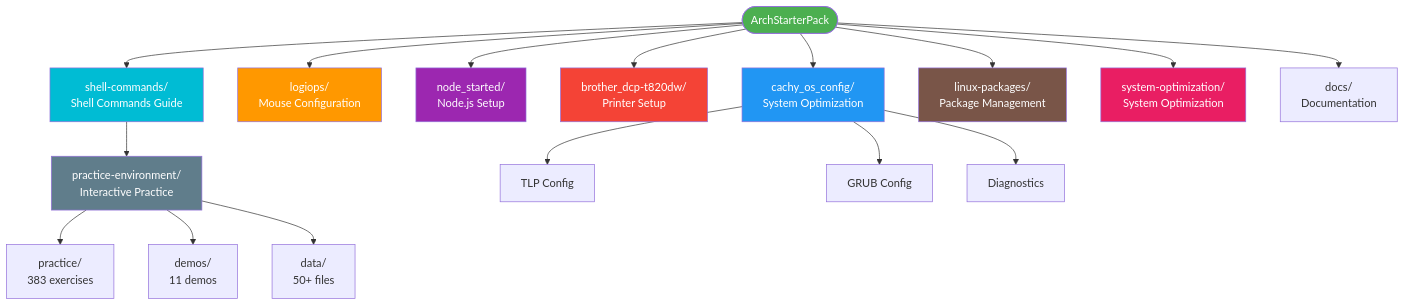
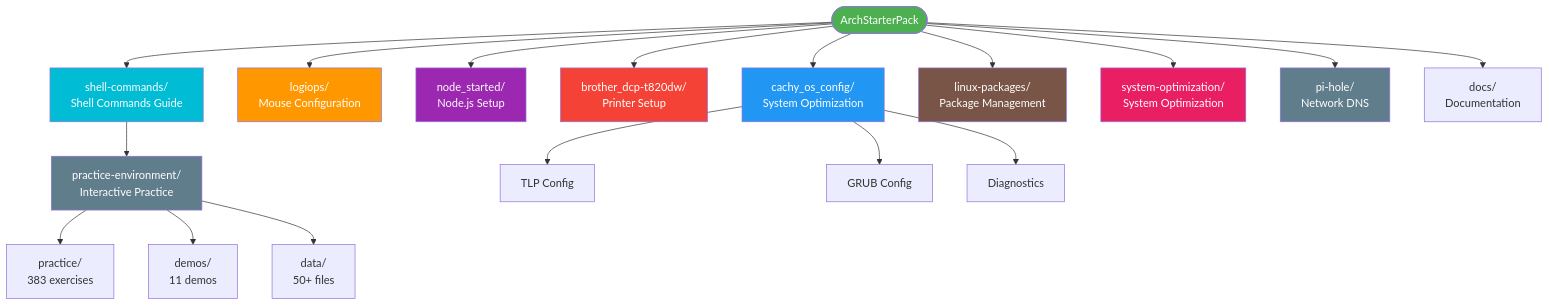
The first of 3 diagrams in README.md (cjmaaz/ArchStarterPack), drawn with Mermaid before and after one commit. The commit also changed other lines of this file and 8 other files, not shown here.

Commit message:
Add Pi-hole network DNS module with setup guide, router configuration, and advanced documentation for Unbound, IPv6, and hardcoded DNS blocking

````diff
--- a/README.md
+++ b/README.md
@@ -655,30 +692,32 @@
 ```mermaid
 graph TD
     Root([ArchStarterPack]) --> Module1[cachy_os_config/<br/>System Optimization]
     Root --> Module2[logiops/<br/>Mouse Configuration]
     Root --> Module3[node_started/<br/>Node.js Setup]
     Root --> Module4[brother_dcp-t820dw/<br/>Printer Setup]
     Root --> Module5[shell-commands/<br/>Shell Commands Guide]
     Root --> Module6[linux-packages/<br/>Package Management]
     Root --> Module7[system-optimization/<br/>System Optimization]
+    Root --> Module8[pi-hole/<br/>Network DNS]
     Root --> Docs[docs/<br/>Documentation]
 
     Module5 --> PracticeEnv[practice-environment/<br/>Interactive Practice]
     PracticeEnv --> Practice[practice/<br/>383 exercises]
     PracticeEnv --> Demos[demos/<br/>11 demos]
     PracticeEnv --> Data[data/<br/>50+ files]
 
     Module1 --> Config1[TLP Config]
     Module1 --> Config2[GRUB Config]
     Module1 --> Diag[Diagnostics]
 
     style Root fill:#4caf50,color:#fff
     style Module1 fill:#2196f3,color:#fff
     style Module2 fill:#ff9800,color:#fff
     style Module3 fill:#9c27b0,color:#fff
     style Module4 fill:#f44336,color:#fff
     style Module5 fill:#00bcd4,color:#fff
     style Module6 fill:#795548,color:#fff
     style Module7 fill:#e91e63,color:#fff
+    style Module8 fill:#607d8b,color:#fff
     style PracticeEnv fill:#607d8b,color:#fff
 ```
````
